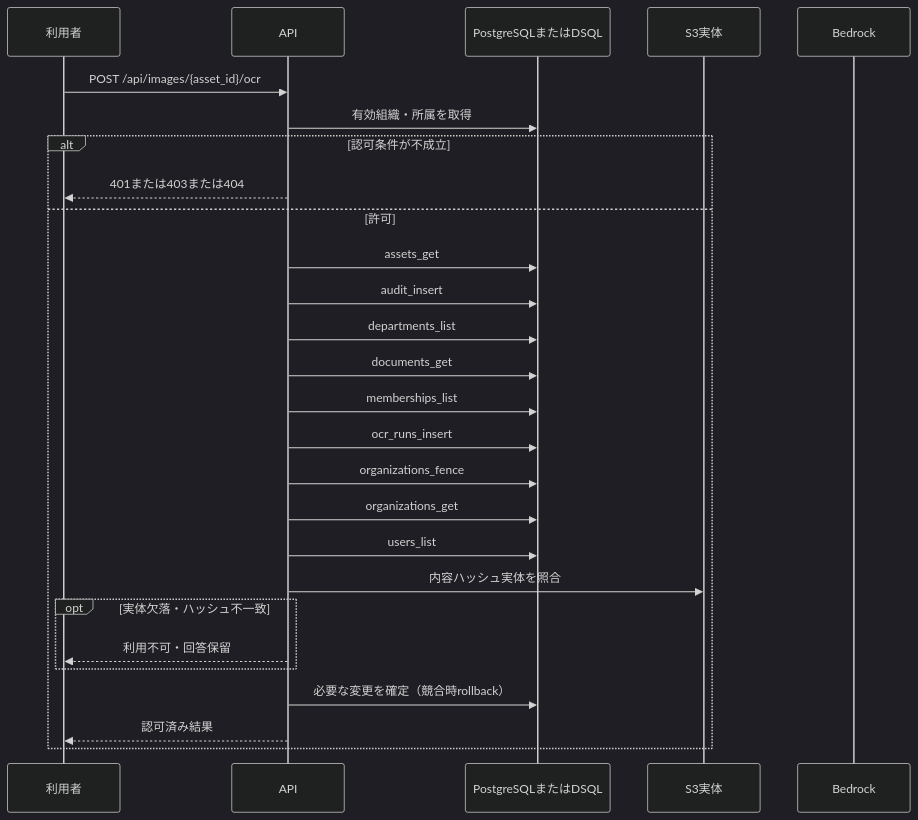
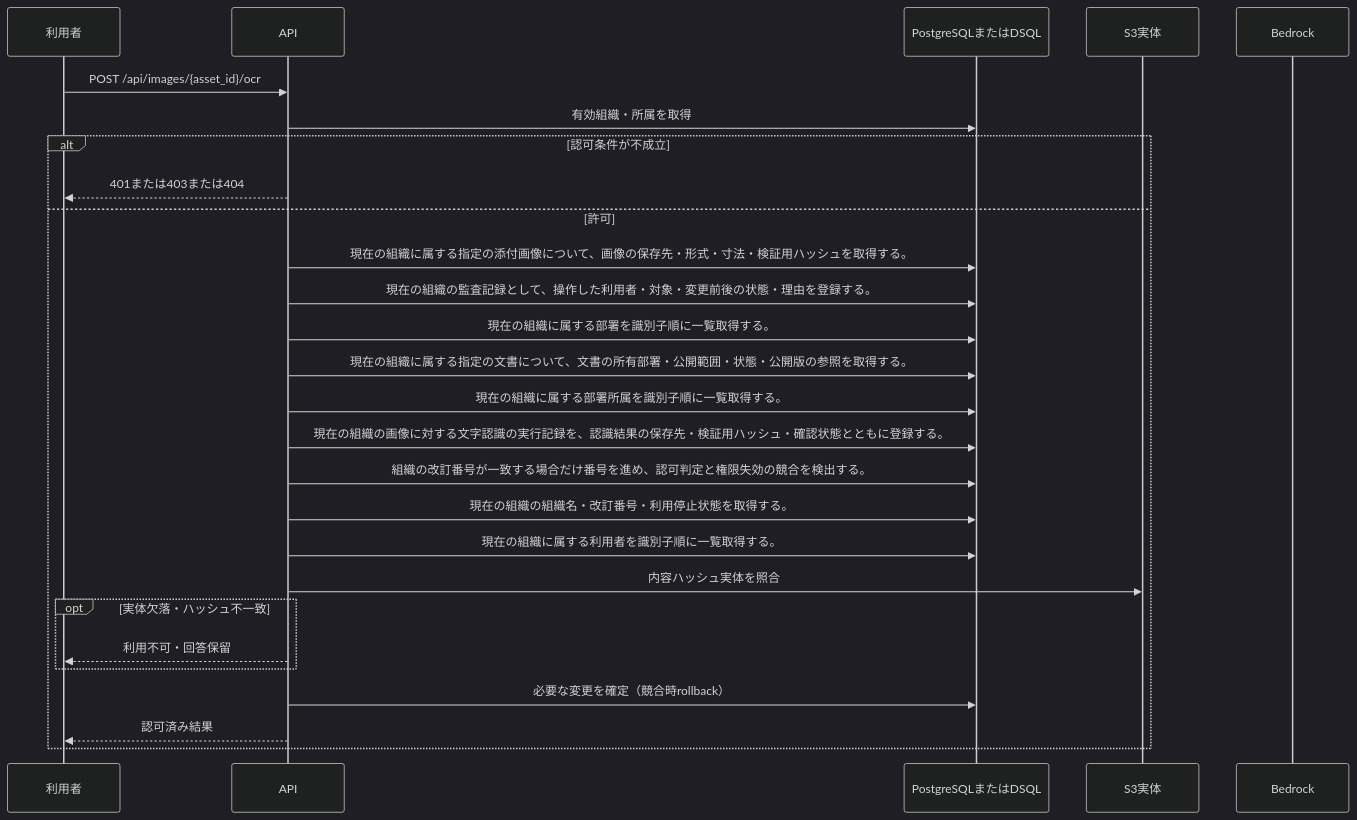
One commit to tsuji-tomonori/KotoRelay changed the diagram in docs/design/generated/api/images/correct_ocr/sequence.md. Above: the diagram before and after it, drawn with Mermaid (dark theme). The commit also changed other lines of this file and 286 other files, not shown here.

````diff
--- a/docs/design/generated/api/images/correct_ocr/sequence.md
+++ b/docs/design/generated/api/images/correct_ocr/sequence.md
@@ -7,29 +7,29 @@
 ```mermaid
 sequenceDiagram
     participant U as 利用者
     participant A as API
     participant D as PostgreSQLまたはDSQL
     participant S as S3実体
     participant M as Bedrock
     U->>A: POST /api/images/{asset_id}/ocr
     A->>D: 有効組織・所属を取得
     alt 認可条件が不成立
         A-->>U: 401または403または404
     else 許可
-        A->>D: assets_get
-        A->>D: audit_insert
-        A->>D: departments_list
-        A->>D: documents_get
-        A->>D: memberships_list
-        A->>D: ocr_runs_insert
-        A->>D: organizations_fence
-        A->>D: organizations_get
-        A->>D: users_list
+        A->>D: 現在の組織に属する指定の添付画像について、画像の保存先・形式・寸法・検証用ハッシュを取得する。
+        A->>D: 現在の組織の監査記録として、操作した利用者・対象・変更前後の状態・理由を登録する。
+        A->>D: 現在の組織に属する部署を識別子順に一覧取得する。
+        A->>D: 現在の組織に属する指定の文書について、文書の所有部署・公開範囲・状態・公開版の参照を取得する。
+        A->>D: 現在の組織に属する部署所属を識別子順に一覧取得する。
+        A->>D: 現在の組織の画像に対する文字認識の実行記録を、認識結果の保存先・検証用ハッシュ・確認状態とともに登録する。
+        A->>D: 組織の改訂番号が一致する場合だけ番号を進め、認可判定と権限失効の競合を検出する。
+        A->>D: 現在の組織の組織名・改訂番号・利用停止状態を取得する。
+        A->>D: 現在の組織に属する利用者を識別子順に一覧取得する。
         A->>S: 内容ハッシュ実体を照合
         opt 実体欠落・ハッシュ不一致
             A-->>U: 利用不可・回答保留
         end
         A->>D: 必要な変更を確定（競合時rollback）
         A-->>U: 認可済み結果
     end
 ```
````
